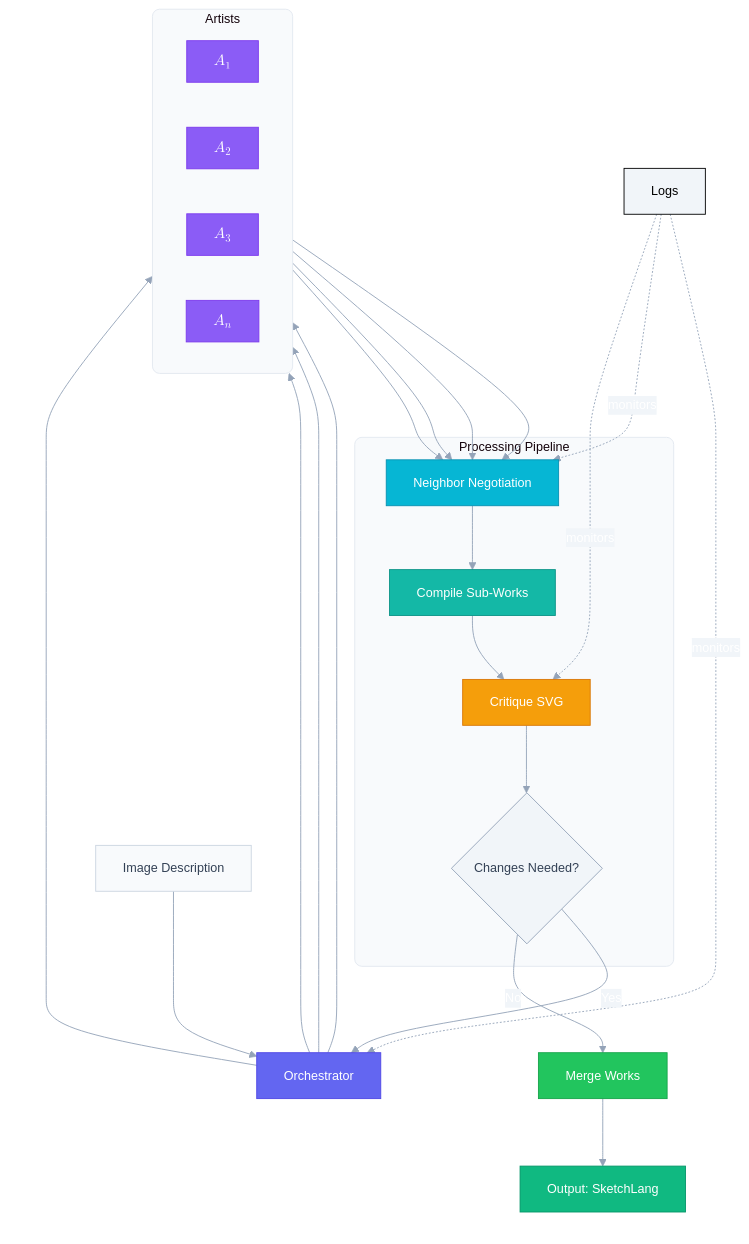
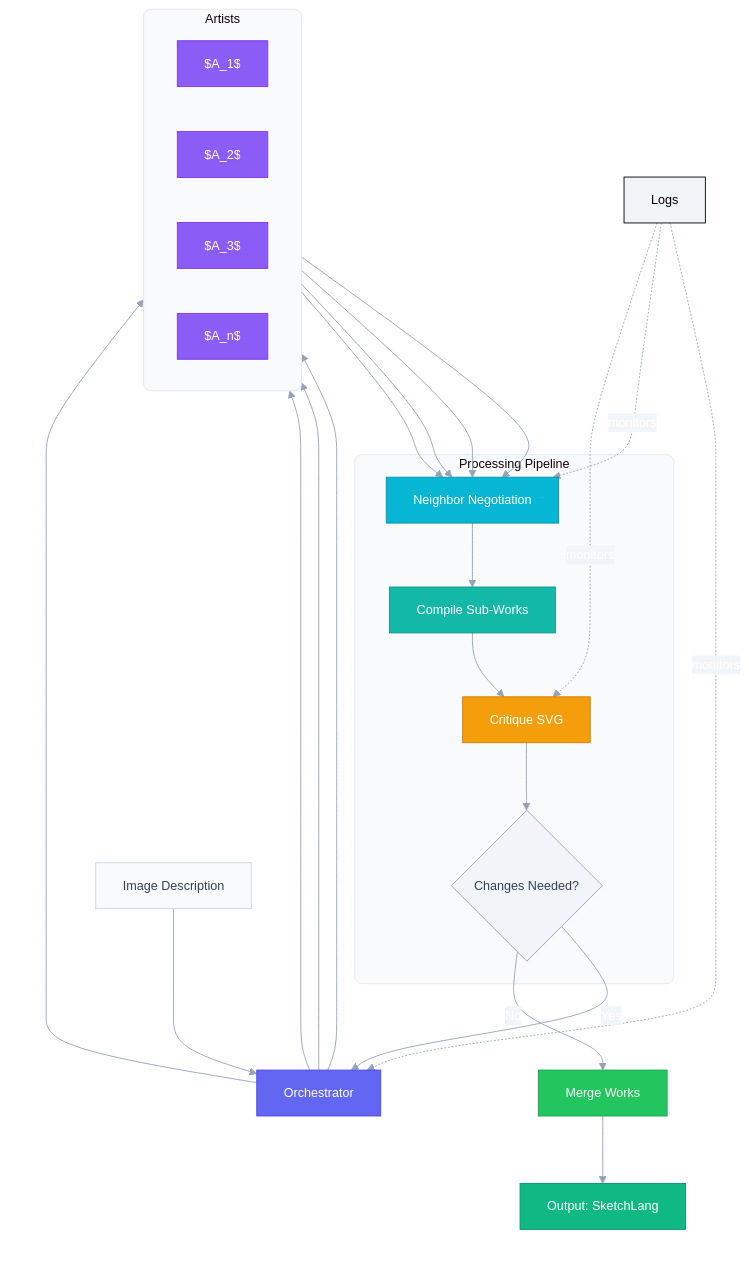
Before and after one commit to TheMaslowsDilemma/sketchthis-studio: the diagram in README.md, drawn with Mermaid.

Commit message:
fix font color

````diff
--- a/README.md
+++ b/README.md
@@ -20,82 +20,82 @@
 ```mermaid
 %%{init: {
   'theme': 'base',
   'themeVariables': {
     'fontSize': '14px',
     'fontFamily': 'Inter, sans-serif',
     'primaryColor': '#6366f1',
     'primaryTextColor': '#ffffff',
     'primaryBorderColor': '#4f46e5',
     'secondaryColor': '#f1f5f9',
     'secondaryTextColor': '#334155',
     'tertiaryColor': '#ecfdf5',
     'lineColor': '#94a3b8',
     'textColor': '#334155'
   }
 }}%%
 
 flowchart TB
     subgraph input [" "]
         A[Image Description]
     end
 
     subgraph orchestration [" "]
         B[Orchestrator]
     end
 
     subgraph artists ["Artists"]
         direction LR
-        C1["`$$A_1$$`"]
-        C2["`$$A_2$$`"]
-        C3["`$$A_3$$`"]
-        Cn["$$A_n$$"]
+        C1["`$A_1$`"]
+        C2["`$A_2$`"]
+        C3["`$A_3$`"]
+        Cn["`$A_n$`"]
     end
 
-    subgraph processing ["Processing Pipeline              "]
-        D["Neighbor Negotiation      "]
-        E["Compile Sub-Works      "]
+    subgraph processing [Processing Pipeline]
+        D[Neighbor Negotiation]
+        E[Compile Sub-Works]
         F["Critique SVG       "]
         G{"Changes Needed?      "}
     end
 
     subgraph output [" "]
         H["Merge Works      "]
         I["Output: SketchLang          "]
     end
 
     J["Logs    "]
 
     A --> B
     B --> C1 & C2 & C3 & Cn
     C1 & C2 & C3 & Cn --> D
     D --> E
     E --> F
     F --> G
     G -->|Yes| B
     G -->|No| H
     H --> I
 
     J -.->|monitors| B
     J -.->|monitors| D
     J -.->|monitors| F
 
     style A fill:#f8fafc,stroke:#cbd5e1,color:#334155
     style B fill:#6366f1,stroke:#4f46e5,color:#ffffff
     style C1 fill:#8b5cf6,stroke:#7c3aed,color:#ffffff
     style C2 fill:#8b5cf6,stroke:#7c3aed,color:#ffffff
     style C3 fill:#8b5cf6,stroke:#7c3aed,color:#ffffff
     style Cn fill:#8b5cf6,stroke:#7c3aed,color:#ffffff
     style D fill:#06b6d4,stroke:#0891b2,color:#ffffff
     style E fill:#14b8a6,stroke:#0d9488,color:#ffffff
     style F fill:#f59e0b,stroke:#d97706,color:#ffffff
     style G fill:#f1f5f9,stroke:#94a3b8,color:#334155
     style H fill:#22c55e,stroke:#16a34a,color:#ffffff
     style I fill:#10b981,stroke:#059669,color:#ffffff
     style J fill:#f1f5f9,stroke:#000000,color:#000000
 
     style input fill:transparent,stroke:transparent
     style orchestration fill:transparent,stroke:transparent
     style artists fill:#f8fafc,stroke:#e2e8f0,stroke-width:1px,rx:8
     style processing fill:#f8fafc,stroke:#e2e8f0,stroke-width:1px,rx:8
     style output fill:transparent,stroke:transparent
 ```
````
